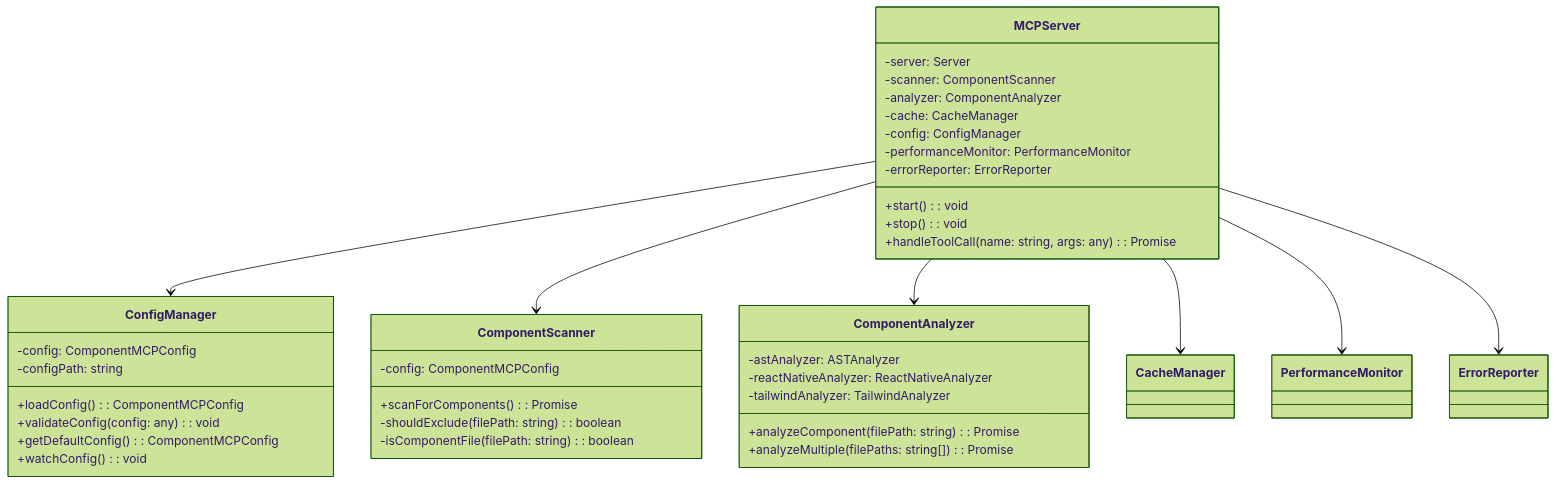
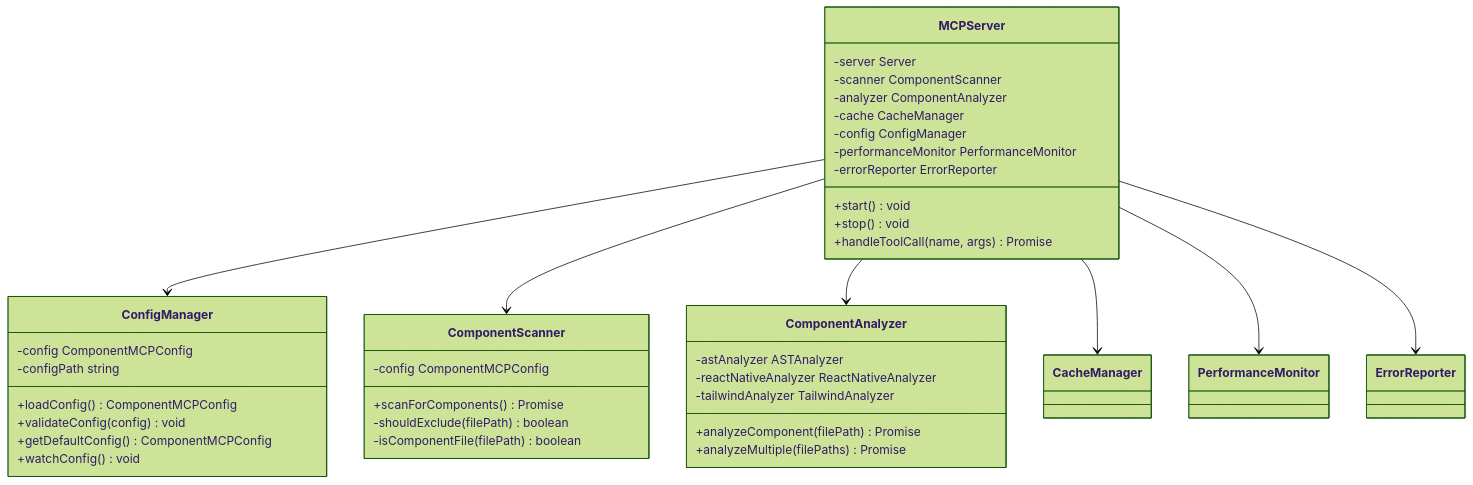
One commit to sean-sunagaku/component-design-system-mcp changed the first of 9 diagrams in docs/class-diagram.md. Above: the diagram before and after it, drawn with Mermaid (forest theme). The commit also changed other lines of this file and 2 other files, not shown here.

````diff
--- a/docs/class-diagram.md
+++ b/docs/class-diagram.md
@@ -7,46 +7,46 @@
 ```mermaid
 classDiagram
     class MCPServer {
-        -server: Server
-        -scanner: ComponentScanner
-        -analyzer: ComponentAnalyzer
-        -cache: CacheManager
-        -config: ConfigManager
-        -performanceMonitor: PerformanceMonitor
-        -errorReporter: ErrorReporter
-        +start(): void
-        +stop(): void
-        +handleToolCall(name: string, args: any): Promise<any>
+        -server Server
+        -scanner ComponentScanner
+        -analyzer ComponentAnalyzer
+        -cache CacheManager
+        -config ConfigManager
+        -performanceMonitor PerformanceMonitor
+        -errorReporter ErrorReporter
+        +start() void
+        +stop() void
+        +handleToolCall(name, args) Promise
     }
 
     class ConfigManager {
-        -config: ComponentMCPConfig
-        -configPath: string
-        +loadConfig(): ComponentMCPConfig
-        +validateConfig(config: any): void
-        +getDefaultConfig(): ComponentMCPConfig
-        +watchConfig(): void
+        -config ComponentMCPConfig
+        -configPath string
+        +loadConfig() ComponentMCPConfig
+        +validateConfig(config) void
+        +getDefaultConfig() ComponentMCPConfig
+        +watchConfig() void
     }
 
     class ComponentScanner {
-        -config: ComponentMCPConfig
-        +scanForComponents(): Promise<string[]>
-        -shouldExclude(filePath: string): boolean
-        -isComponentFile(filePath: string): boolean
+        -config ComponentMCPConfig
+        +scanForComponents() Promise
+        -shouldExclude(filePath) boolean
+        -isComponentFile(filePath) boolean
     }
 
     class ComponentAnalyzer {
-        -astAnalyzer: ASTAnalyzer
-        -reactNativeAnalyzer: ReactNativeAnalyzer
-        -tailwindAnalyzer: TailwindAnalyzer
-        +analyzeComponent(filePath: string): Promise<ComponentMetadata>
-        +analyzeMultiple(filePaths: string[]): Promise<ComponentMetadata[]>
+        -astAnalyzer ASTAnalyzer
+        -reactNativeAnalyzer ReactNativeAnalyzer
+        -tailwindAnalyzer TailwindAnalyzer
+        +analyzeComponent(filePath) Promise
+        +analyzeMultiple(filePaths) Promise
     }
 
     MCPServer --> ConfigManager
     MCPServer --> ComponentScanner
     MCPServer --> ComponentAnalyzer
     MCPServer --> CacheManager
     MCPServer --> PerformanceMonitor
     MCPServer --> ErrorReporter
 ```
````
